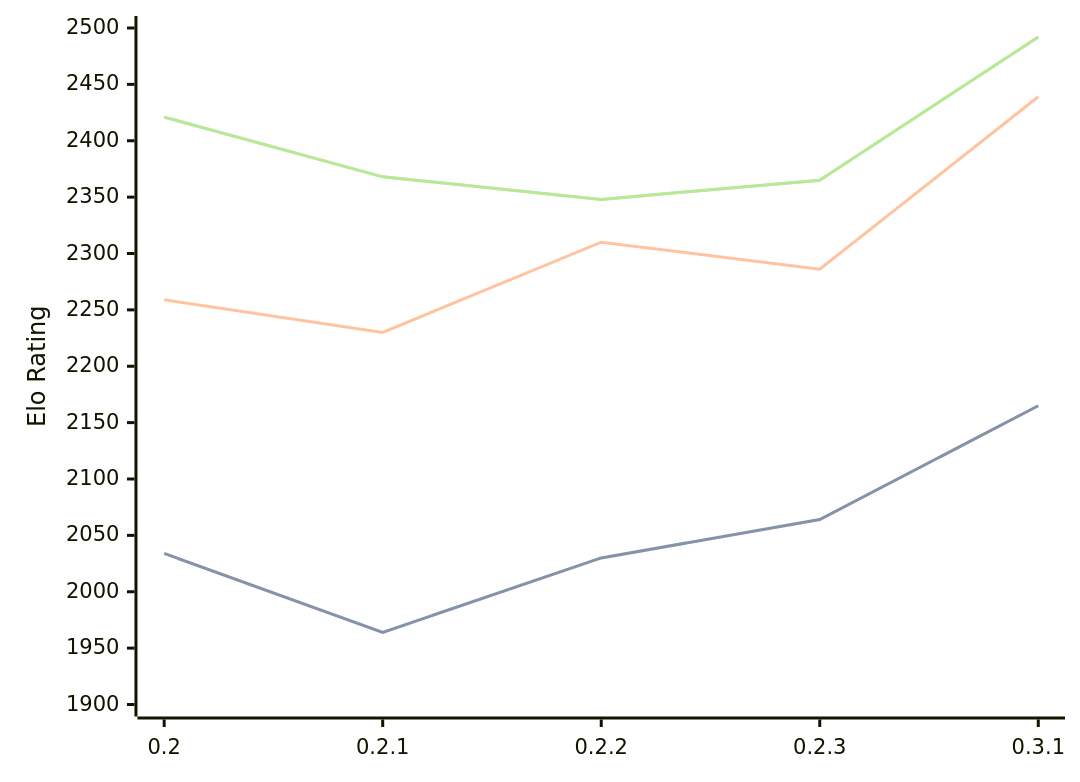
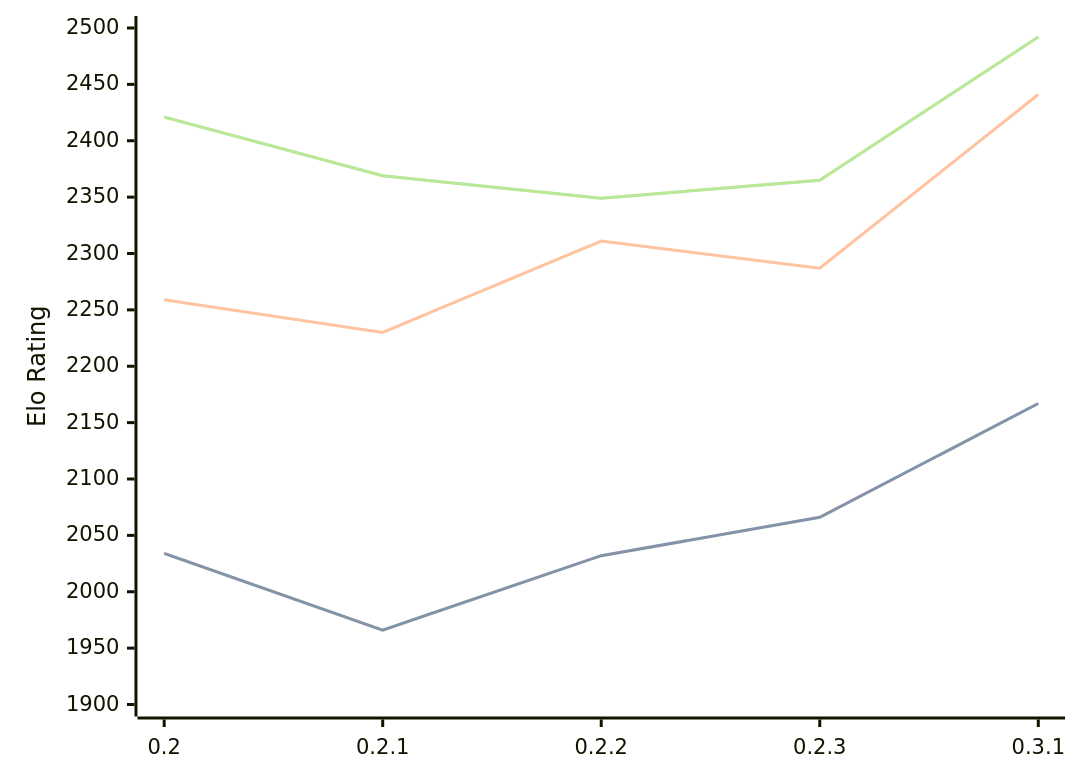
One commit to computer-chess-index/cci changed the diagram in engines/Lolbot.md. Above: the diagram before and after it, drawn with Mermaid. The commit also changed other lines of this file, not shown here.

Commit message:
Update CCI Ratings (ELO VLTC) - 2026-05-12

````diff
--- a/engines/Lolbot.md
+++ b/engines/Lolbot.md
@@ -36,11 +36,11 @@
 ```mermaid
 %%{init: {"theme":"base","themeVariables":{"seriesColors:['#a3a3a3','#222221','#faa371']}}}%%
 xychart-beta
   x-axis ["0.2", "0.2.1", "0.2.2", "0.2.3", "0.3.1"]
   y-axis "Elo Rating" 1900 --> 2500
-  line "STC (8.0+0.08s)" [2034, 1964, 2030, 2064, 2165]
-  line "STC (8.0+0.08s)" [2034, 1964, 2030, 2064, 2165]
-  line "LTC (60.0+0.60s)" [2259, 2230, 2310, 2286, 2439]
-  line "VLTC (2m24s+1.12s)" [2421, 2368, 2348, 2365, 2492]
-  line "VLTC (2m24s+1.12s)" [2421, 2368, 2348, 2365, 2492]
+  line "STC (8.0+0.08s)" [2034, 1966, 2032, 2066, 2167]
+  line "STC (8.0+0.08s)" [2034, 1966, 2032, 2066, 2167]
+  line "LTC (60.0+0.60s)" [2259, 2230, 2311, 2287, 2441]
+  line "VLTC (2m24s+1.12s)" [2421, 2369, 2349, 2365, 2492]
+  line "VLTC (2m24s+1.12s)" [2421, 2369, 2349, 2365, 2492]
 ```
````
